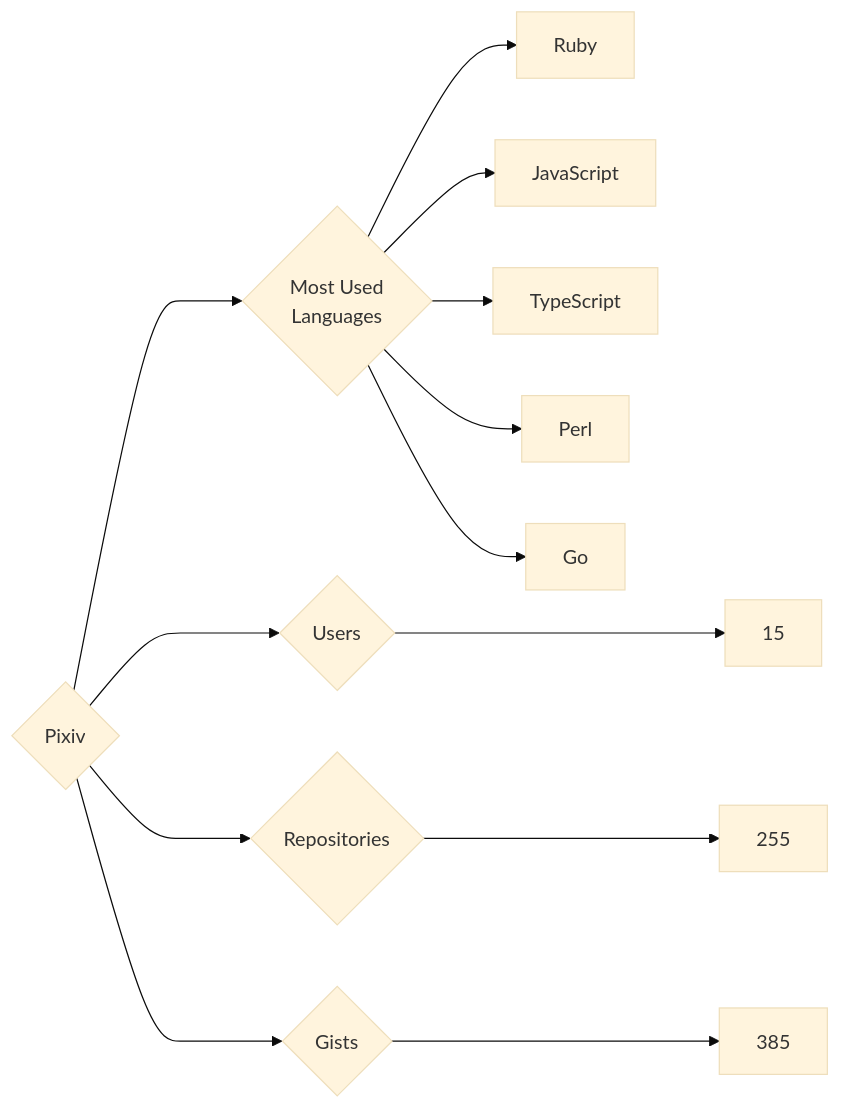
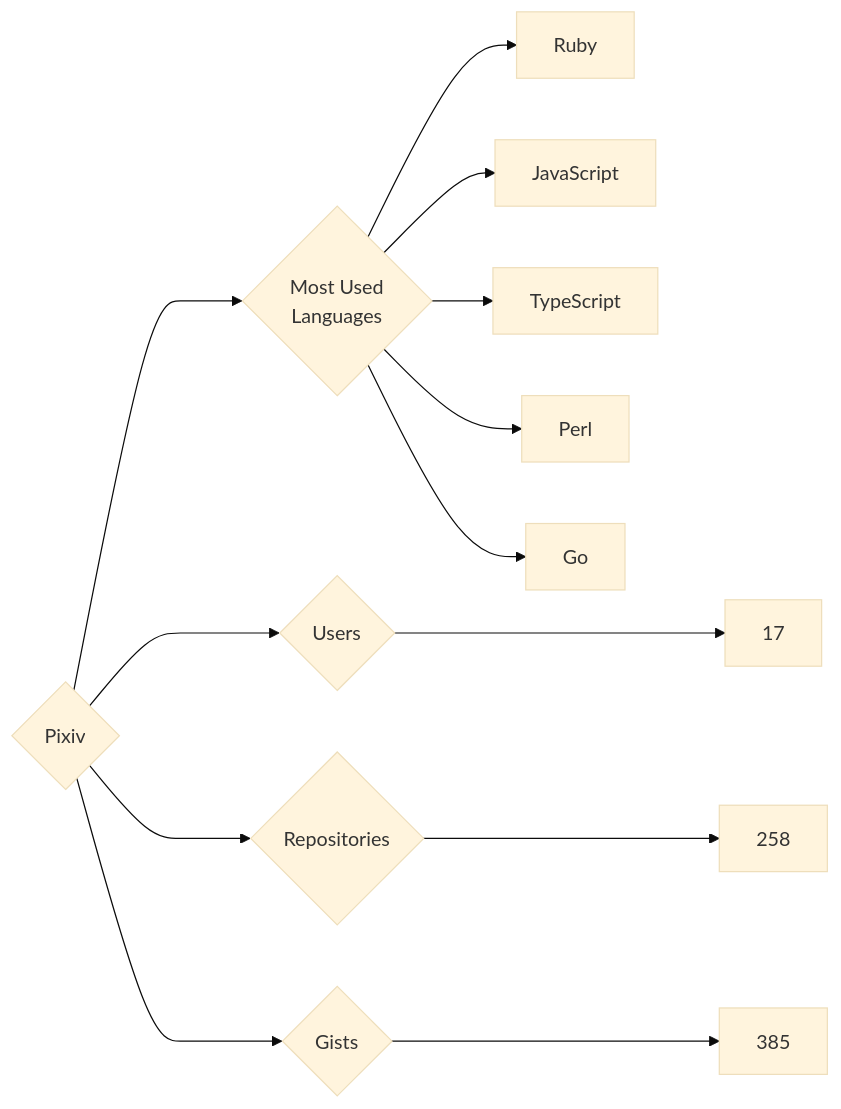
The diagram in targets/Pixiv/README.md (trickest/insiders), drawn with Mermaid (base theme) before and after one commit. The commit also changed 871 other files, not shown here.

````diff
--- a/targets/Pixiv/README.md
+++ b/targets/Pixiv/README.md
@@ -3,13 +3,13 @@
 ```mermaid
 graph LR
 COMPANY_NAME{Pixiv}
-COMPANY_NAME ---> U{Users} ---> UN[15]
-COMPANY_NAME ---> R{Repositories} ---> RN[255]
+COMPANY_NAME ---> U{Users} ---> UN[17]
+COMPANY_NAME ---> R{Repositories} ---> RN[258]
 COMPANY_NAME ---> G{Gists} ---> GN[385]
 COMPANY_NAME ---> ML{Most Used<br>Languages}
 ML --> Ruby[Ruby]
 ML --> JavaScript[JavaScript]
 ML --> TypeScript[TypeScript]
 ML --> Perl[Perl]
 ML --> Go[Go]
 ```
````
